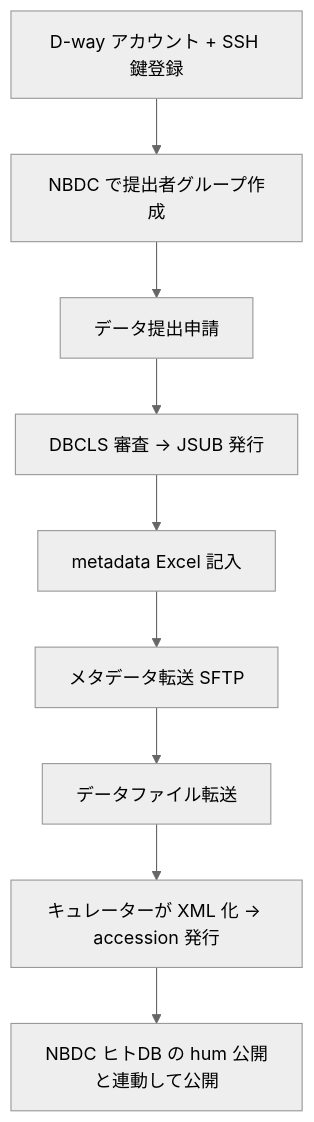
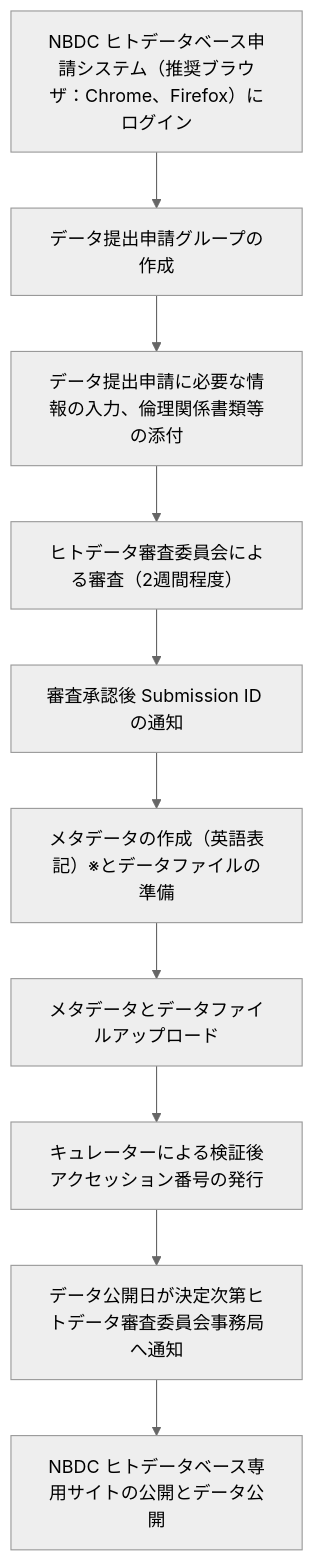
One commit to ddbj/db-portal changed the first of 2 diagrams in page-contents/jga/index.md. Above: the diagram before and after it, drawn with Mermaid (neutral theme). The commit also changed other lines of this file and 7 other files, not shown here.

````diff
--- a/page-contents/jga/index.md
+++ b/page-contents/jga/index.md
@@ -73,13 +45,14 @@
 ```mermaid
 flowchart TD
-  S1[D-way アカウント + SSH 鍵登録]
-  S2[NBDC で提出者グループ作成]
-  S3[データ提出申請]
-  S4[DBCLS 審査 → JSUB 発行]
-  S5[metadata Excel 記入]
-  S6[メタデータ転送 SFTP]
-  S7[データファイル転送]
-  S8[キュレーターが XML 化 → accession 発行]
-  S9[NBDC ヒトDB の hum 公開と連動して公開]
-  S1 --> S2 --> S3 --> S4 --> S5 --> S6 --> S7 --> S8 --> S9
+  S1[NBDC ヒトデータベース申請システム（推奨ブラウザ：Chrome、Firefox）にログイン] 
+  S2[データ提出申請グループの作成]
+  S3[データ提出申請に必要な情報の入力、倫理関係書類等の添付]
+  S4[ヒトデータ審査委員会による審査（2週間程度）]
+  S5[審査承認後 Submission ID の通知]
+  S6[メタデータの作成（英語表記）※とデータファイルの準備]
+  S7[メタデータとデータファイルアップロード]
+  S8[キュレーターによる検証後アクセッション番号の発行]
+  S9[データ公開日が決定次第ヒトデータ審査委員会事務局へ通知]
+  S10[NBDC ヒトデータベース専用サイトの公開とデータ公開]
+  S1 --> S2 --> S3 --> S4 --> S5 --> S6 --> S7 --> S8 --> S9 --> S10
 ```
````
